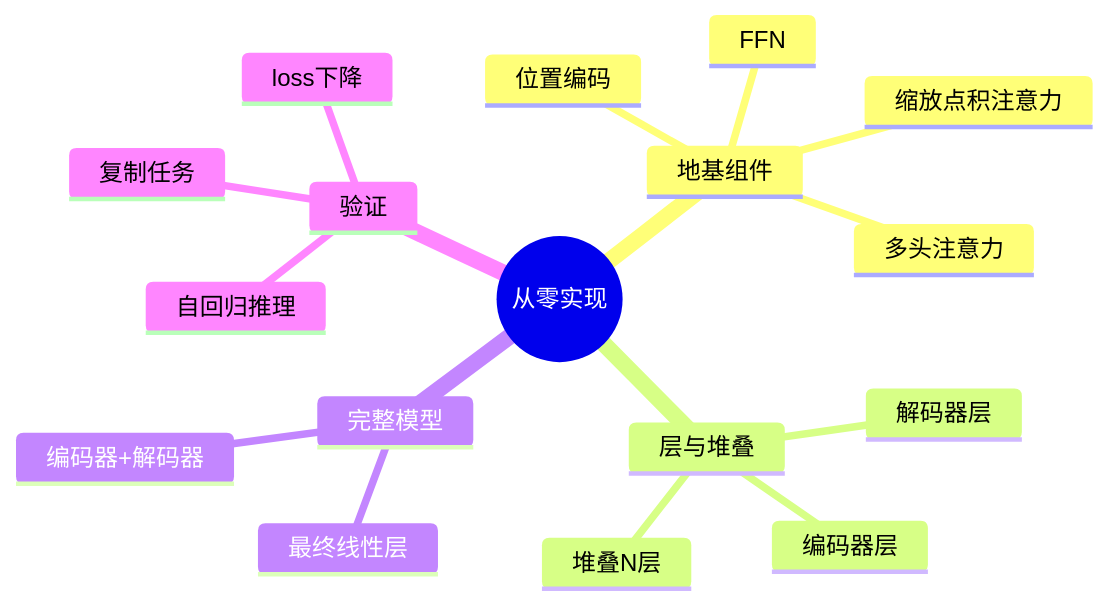
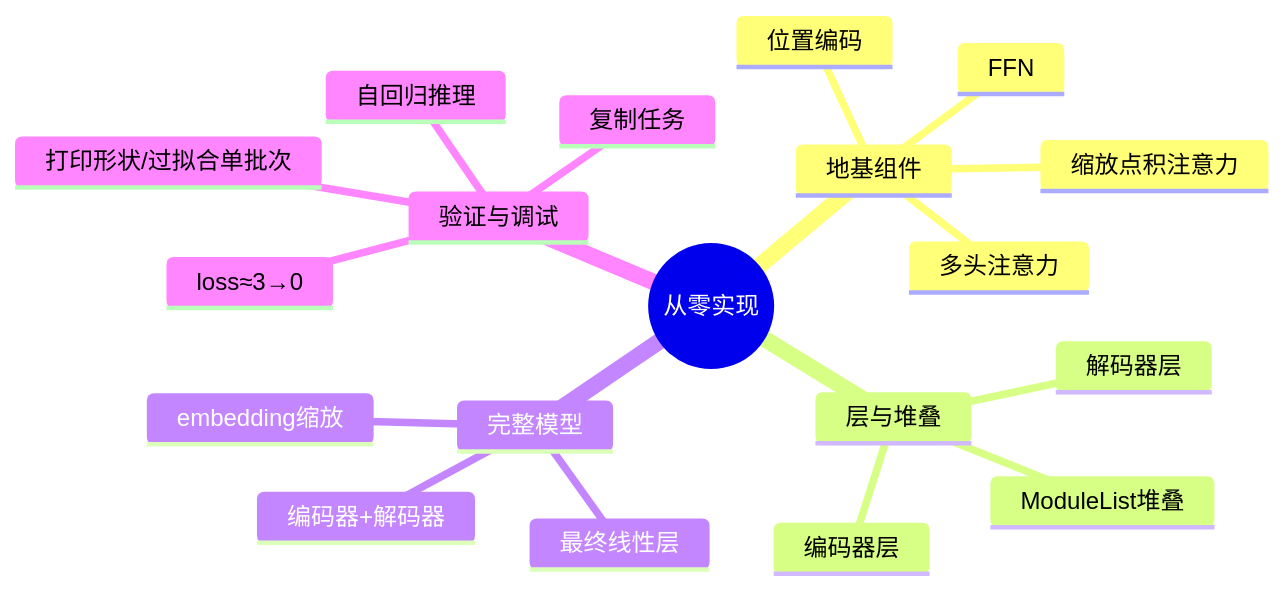
The seventh of 7 diagrams in transformer-学习资料/第09章-用PyTorch从零实现Transformer.md (zerioo1970/summary), drawn with Mermaid before and after one commit. The commit also changed other lines of this file and 6 other files, not shown here.

Commit message:
大幅扩写第1、2、8-12章:新增导览/数值示例/深入原理/FAQ/更多图解

````diff
--- a/transformer-学习资料/第09章-用PyTorch从零实现Transformer.md
+++ b/transformer-学习资料/第09章-用PyTorch从零实现Transformer.md
@@ -331,20 +477,22 @@
 ```mermaid
 mindmap
   root((从零实现))
     地基组件
       缩放点积注意力
       多头注意力
       位置编码
       FFN
     层与堆叠
       编码器层
       解码器层
-      堆叠N层
+      ModuleList堆叠
     完整模型
       编码器+解码器
       最终线性层
-    验证
+      embedding缩放
+    验证与调试
       复制任务
-      loss下降
+      loss≈3→0
       自回归推理
+      打印形状/过拟合单批次
 ```
````
